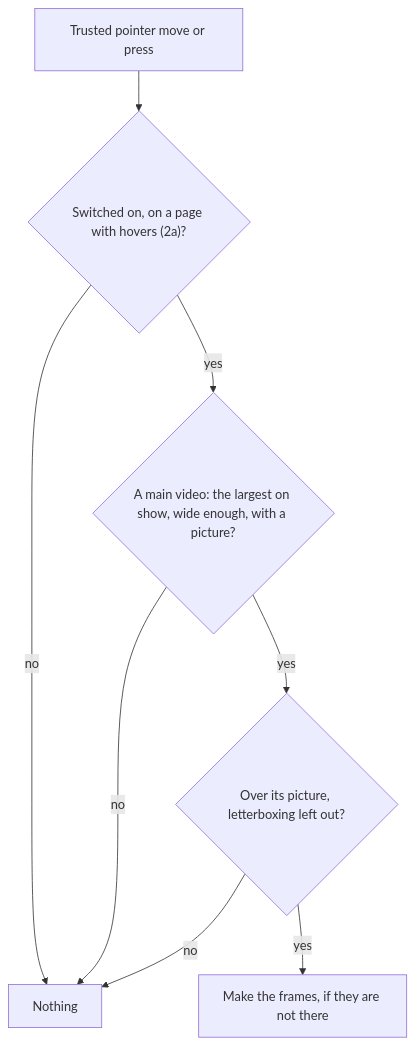
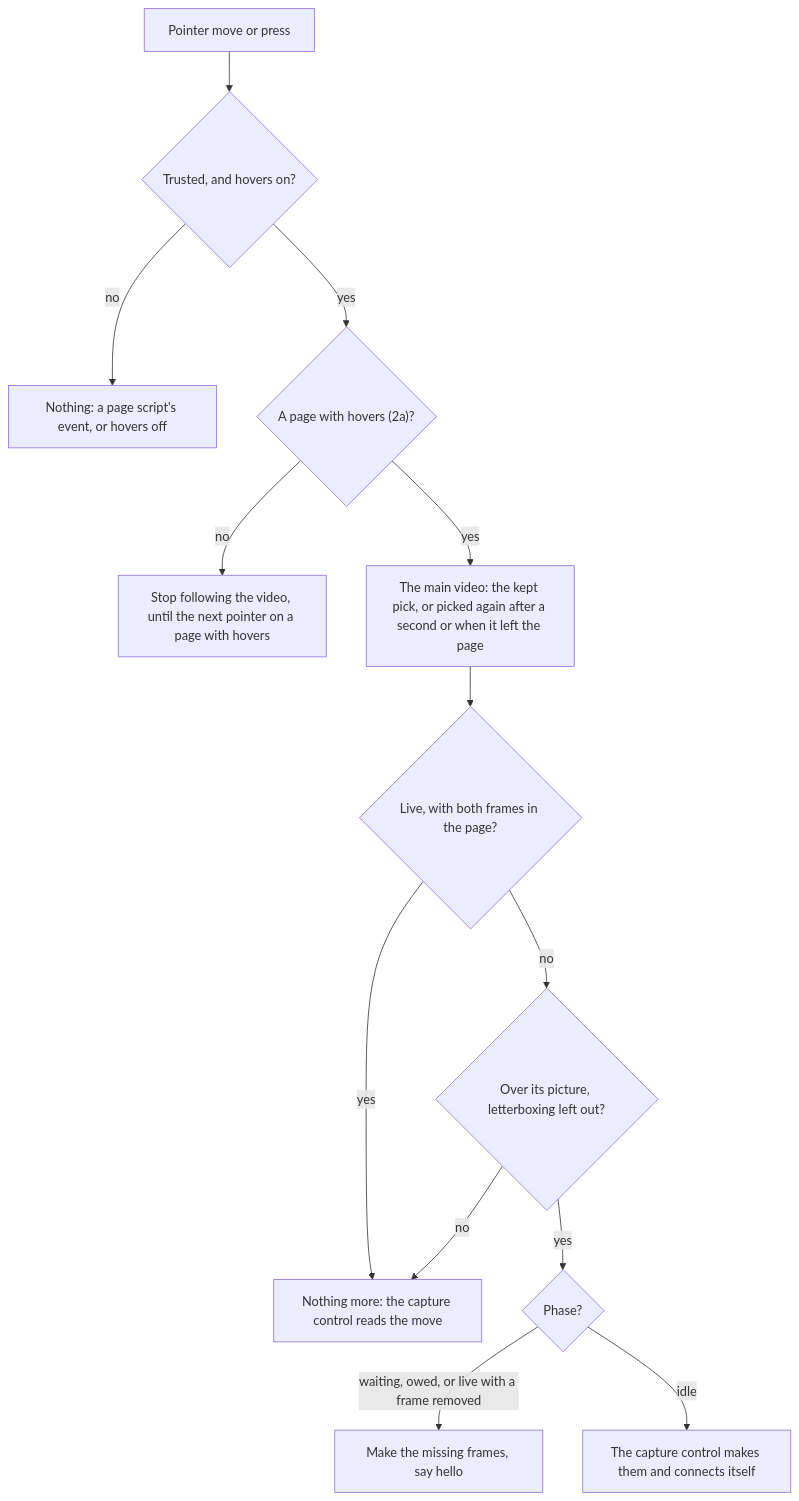
The fifth of 14 diagrams in docs/hover-map.md (ryangswe/duelsight), drawn with Mermaid before and after one commit. The commit also changed other lines of this file and 82 other files, not shown here.

````diff
--- a/docs/hover-map.md
+++ b/docs/hover-map.md
@@ -286,17 +326,27 @@
 ```mermaid
 flowchart TD
-  PE["Trusted pointer move or press"]
-  AC{"Switched on, on a page with hovers (2a)?"}
-  CV{"A main video: the largest on show, wide enough, with a picture?"}
+  PE["Pointer move or press"]
+  TR{"Trusted, and hovers on?"}
+  ACT{"A page with hovers (2a)?"}
+  DET["Stop following the video, until the next pointer on a page with hovers"]
+  PICK["The main video: the kept pick, or picked again after a second or when it left the page"]
+  BOTH{"Live, with both frames in the page?"}
   IN{"Over its picture, letterboxing left out?"}
-  MK["Make the frames, if they are not there"]
-  NO["Nothing"]
+  PH{"Phase?"}
+  MK["Make the missing frames, say hello"]
+  CC["The capture control makes them and connects itself"]
+  NO["Nothing more: the capture control reads the move"]
+  NOTH["Nothing: a page script's event, or hovers off"]
 
-  PE --> AC
-  AC -->|"no"| NO
-  AC -->|"yes"| CV
-  CV -->|"no"| NO
-  CV -->|"yes"| IN
-  IN -->|"yes"| MK
+  PE --> TR
+  TR -->|"no"| NOTH
+  TR -->|"yes"| ACT
+  ACT -->|"no"| DET
+  ACT -->|"yes"| PICK --> BOTH
+  BOTH -->|"yes"| NO
+  BOTH -->|"no"| IN
   IN -->|"no"| NO
+  IN -->|"yes"| PH
+  PH -->|"waiting, owed, or live with a frame removed"| MK
+  PH -->|"idle"| CC
 ```
````
